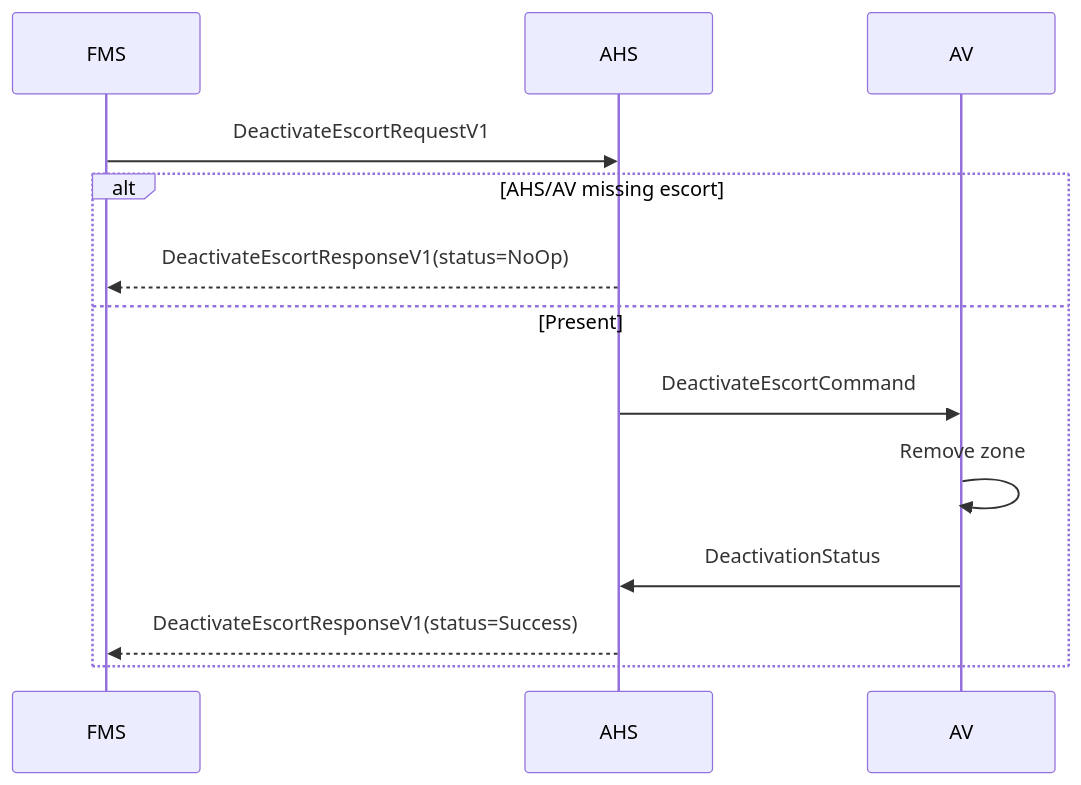
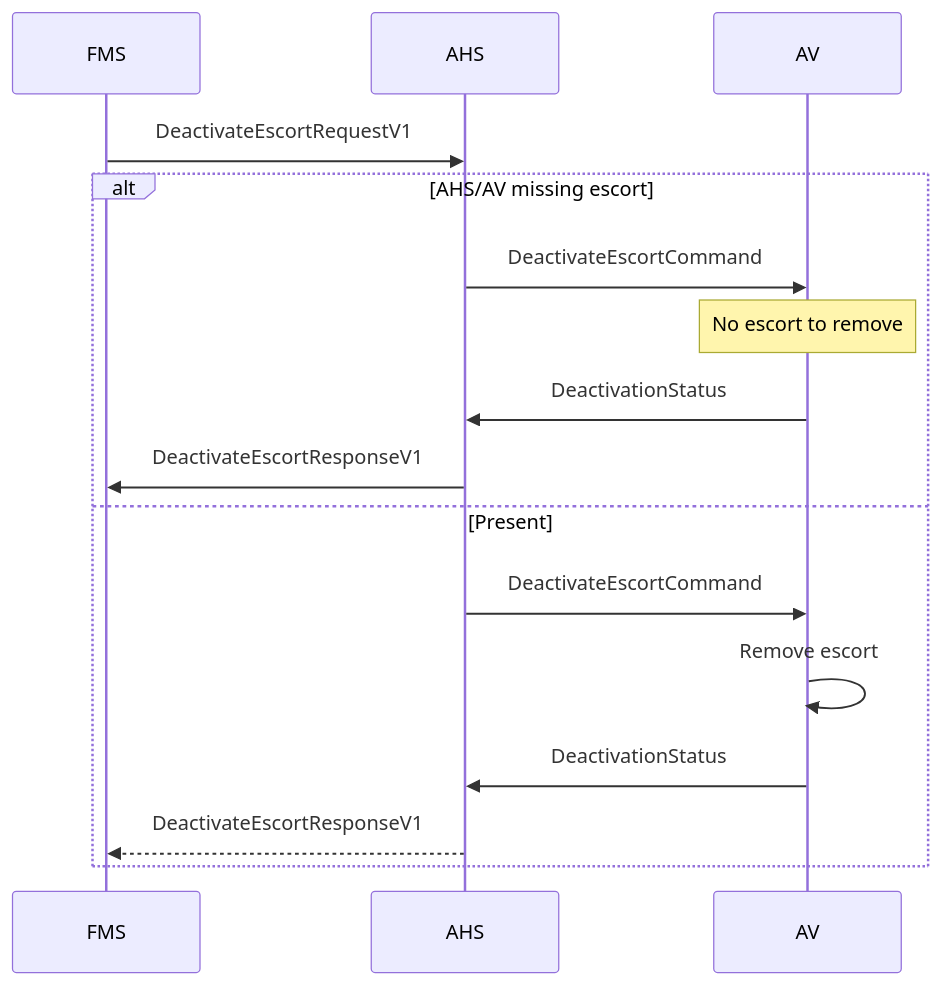
The second of 2 diagrams in diagram/EscortDeactivation.md (open-autonomy/escort), drawn with Mermaid before and after one commit. The commit also changed 11 other files, not shown here.

````diff
--- a/diagram/EscortDeactivation.md
+++ b/diagram/EscortDeactivation.md
@@ -44,16 +44,19 @@
 ```mermaid
 sequenceDiagram
     participant FMS
     participant AHS
     participant AV
 
     FMS->>AHS: DeactivateEscortRequestV1
     alt AHS/AV missing escort
-        AHS-->>FMS: DeactivateEscortResponseV1(status=NoOp)
+        AHS->>AV: DeactivateEscortCommand
+        Note over AV: No escort to remove
+        AV->>AHS: DeactivationStatus
+        AHS->>FMS: DeactivateEscortResponseV1
     else Present
         AHS->>AV: DeactivateEscortCommand
-        AV->>AV: Remove zone
+        AV->>AV: Remove escort
         AV->>AHS: DeactivationStatus
-        AHS-->>FMS: DeactivateEscortResponseV1(status=Success)
+        AHS-->>FMS: DeactivateEscortResponseV1
     end
 ```
````
